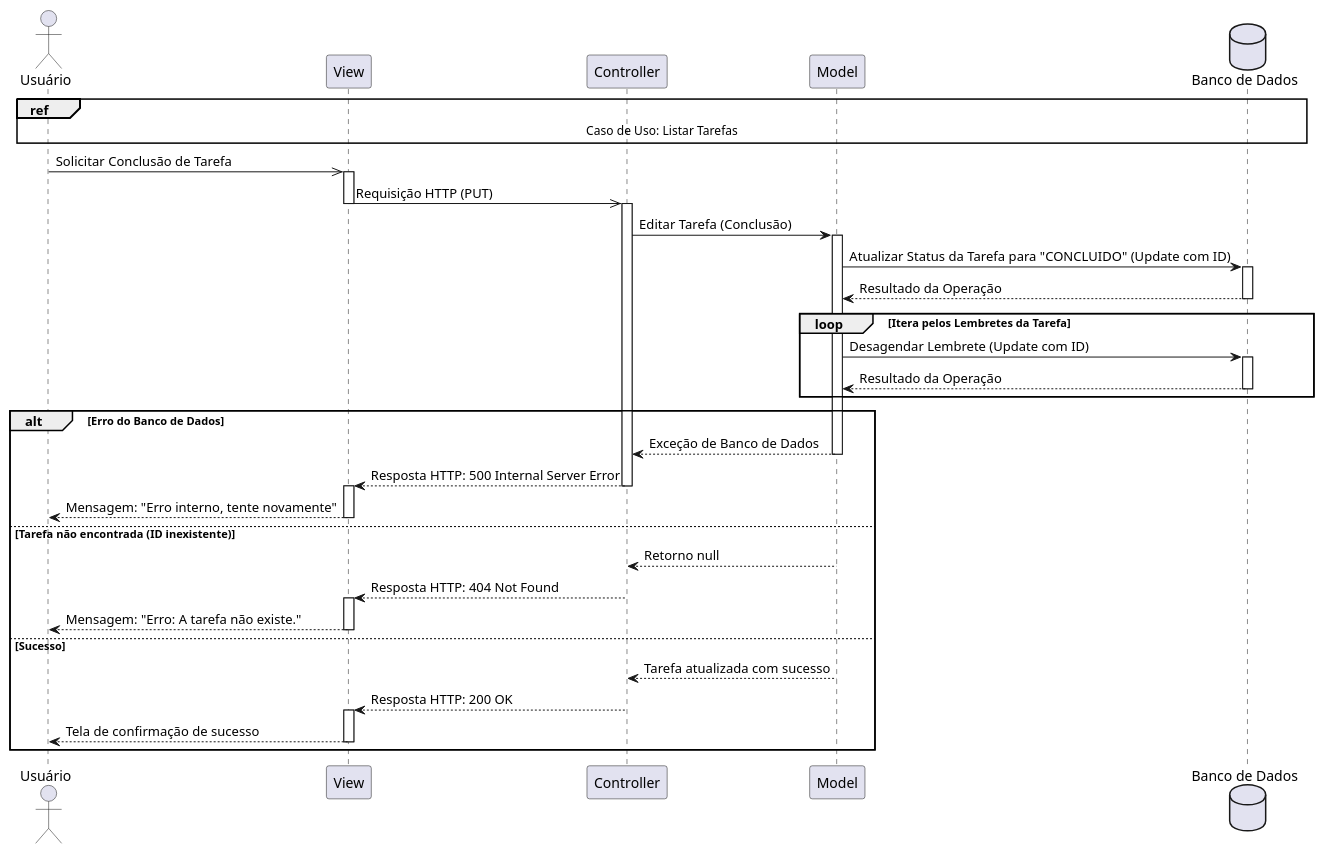
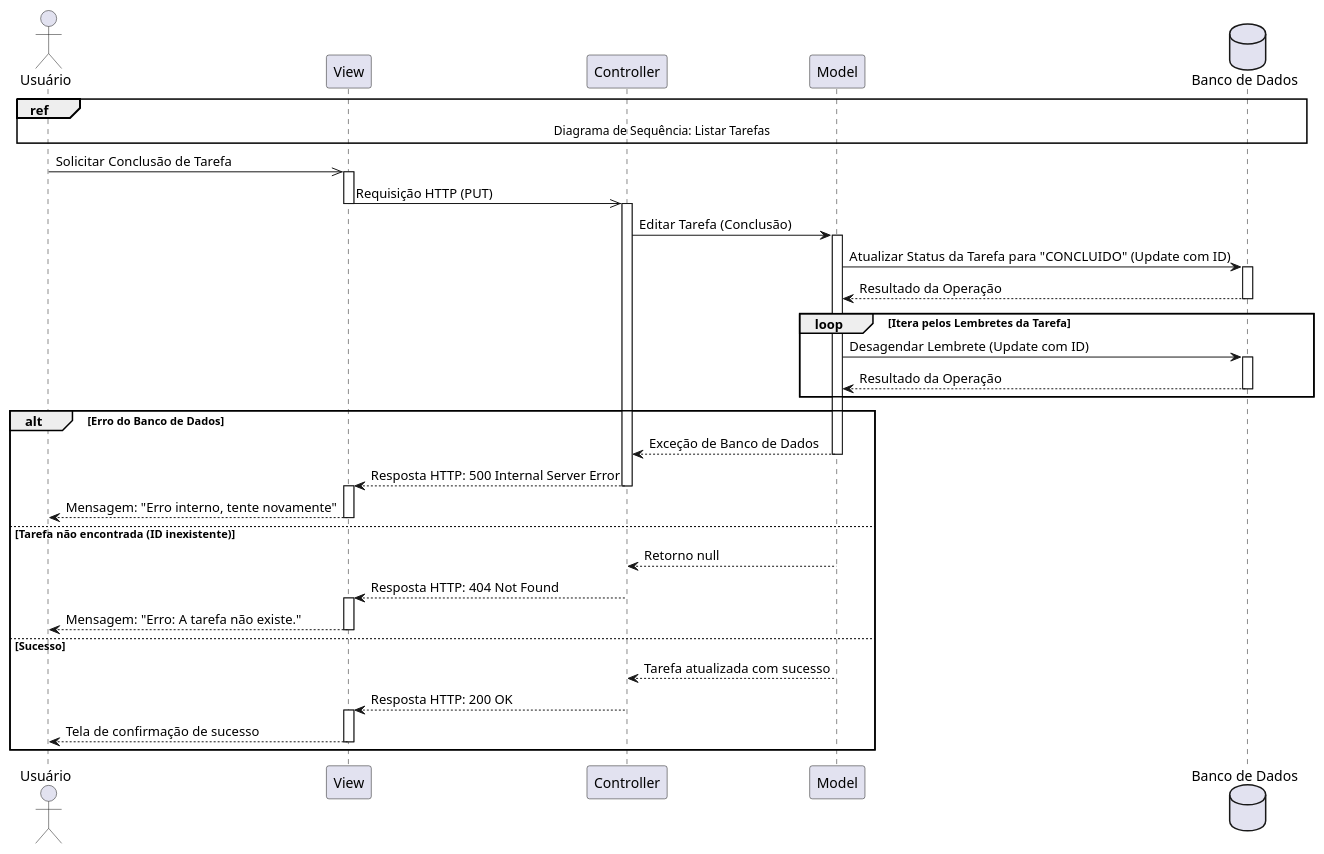
Before and after one commit to fcolona/ProjetoFinalAPOO: the diagram in UML/Sequencias/concluir_tarefa.puml, drawn with PlantUML. The commit also changed 5 other files, not shown here.

Commit message:
Pequenos Ajustes nos Diagramas

```diff
--- a/UML/Sequencias/concluir_tarefa.puml
+++ b/UML/Sequencias/concluir_tarefa.puml
@@ -1,75 +1,72 @@
 @startuml "Diagrama de Sequência - Concluir Tarefa"
 
 actor "Usuário" as User
 participant "View"
 participant "Controller"
 participant "Model"
 database "Banco de Dados" as DB
 
 ref over User, View, Controller, Model, DB
-  Caso de Uso: Listar Tarefas
+  Diagrama de Sequência: Listar Tarefas
 end ref
 
 User ->> View : Solicitar Conclusão de Tarefa
 activate View
 
 View ->> Controller : Requisição HTTP (PUT)
 deactivate View
 activate Controller
 
 Controller -> Model : Editar Tarefa (Conclusão)
 activate Model
 
 Model -> DB : Atualizar Status da Tarefa para "CONCLUIDO" (Update com ID)
 activate DB
 Model <-- DB : Resultado da Operação
 deactivate DB
 
-' Removi o deactivate/activate Model aqui para manter a linha contínua
 loop Itera pelos Lembretes da Tarefa
     Model -> DB : Desagendar Lembrete (Update com ID)
     activate DB
     Model <-- DB : Resultado da Operação
     deactivate DB
 end
-
-' O Model continua ativo aqui, pois ainda não retornou ao Controller
 
 alt Erro do Banco de Dados
     ' CASO DE ERRO 1: Falha Interna
     Controller <-- Model : Exceção de Banco de Dados
     deactivate Model
     
     View <-- Controller : Resposta HTTP: 500 Internal Server Error
     deactivate Controller
     
     activate View
     User <-- View : Mensagem: "Erro interno, tente novamente"
     deactivate View
         
 else Tarefa não encontrada (ID inexistente)
     ' CASO DE ERRO 2: Recurso não encontrado
     Controller <-- Model : Retorno null
     deactivate Model
     
     View <-- Controller : Resposta HTTP: 404 Not Found
     deactivate Controller
     
     activate View
     User <-- View : Mensagem: "Erro: A tarefa não existe."
     deactivate View
         
 else Sucesso
     ' Caminho de Sucesso
     Controller <-- Model : Tarefa atualizada com sucesso
     deactivate Model
         
     View <-- Controller : Resposta HTTP: 200 OK
     deactivate Controller
             
     activate View
     User <-- View : Tela de confirmação de sucesso
     deactivate View
 end
 
 @enduml
```
